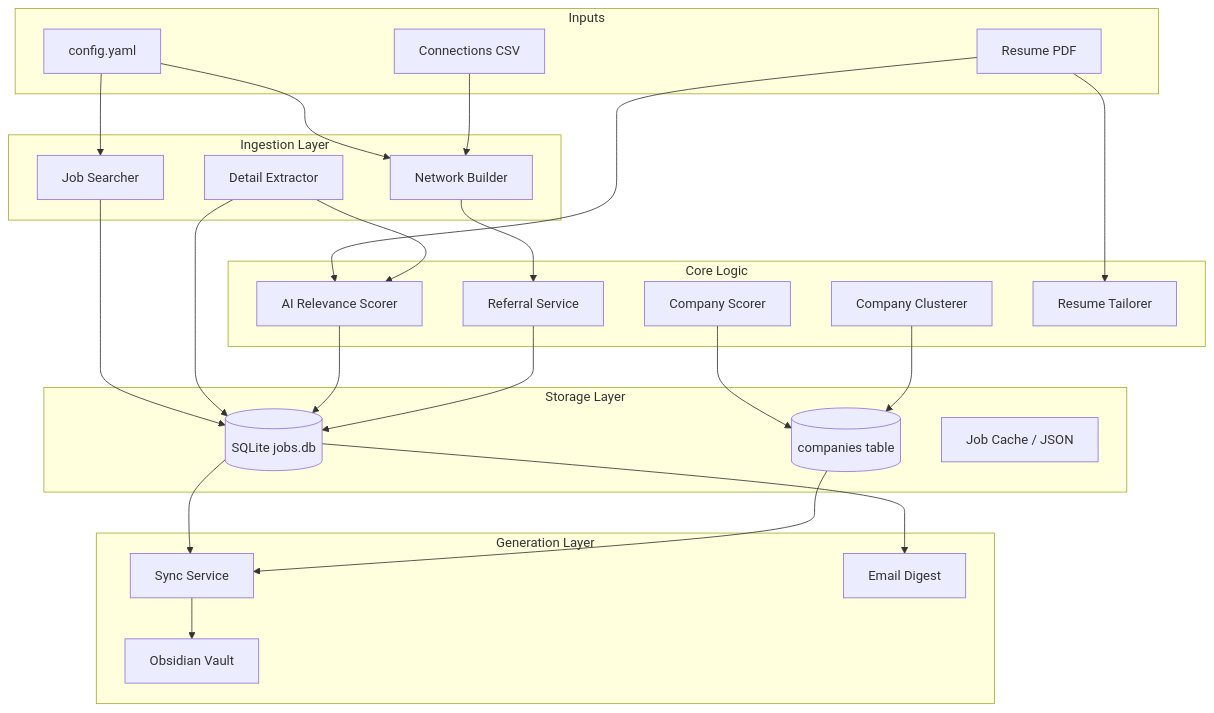
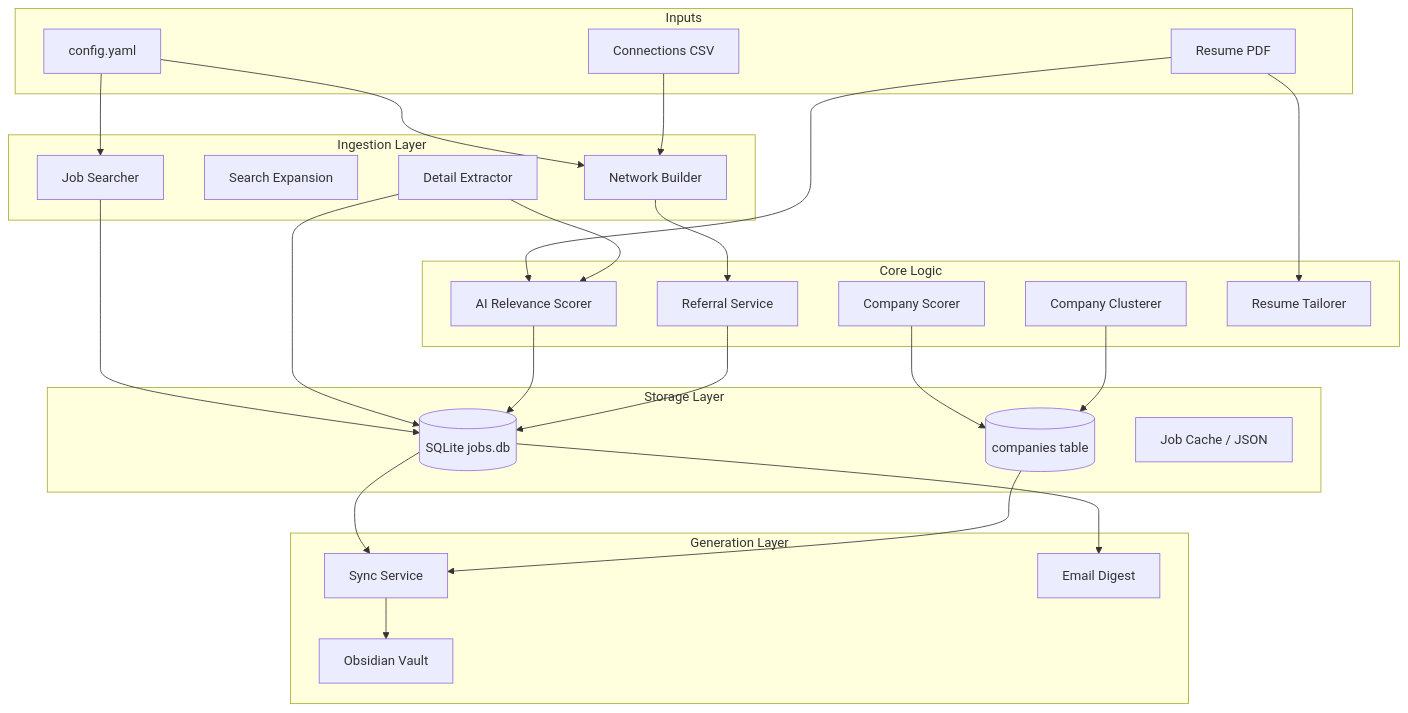
Before and after one commit to anirban-1009/JobHuntMindMap: the diagram in docs/ARCHITECTURE.md, drawn with Mermaid. The commit also changed other lines of this file and 9 other files, not shown here.

Commit message:
fix: stabilize LLM JSON parsing and implement dynamic search expansion

````diff
--- a/docs/ARCHITECTURE.md
+++ b/docs/ARCHITECTURE.md
@@ -9,61 +9,62 @@
 ```mermaid
 graph TD
     %% Configuration & Inputs
     subgraph Inputs
         Config[config.yaml]
         Resume[Resume PDF]
         ConnCSV[Connections CSV]
     end
 
     %% Ingestion Layer
     subgraph Ingestion [Ingestion Layer]
         Search[Job Searcher]
+        Expander[Search Expansion]
         Scrape[Detail Extractor]
         Network[Network Builder]
     end
 
     %% Processing Layer
     subgraph Core [Core Logic]
         Scorer[AI Relevance Scorer]
         CompanyScorer[Company Scorer]
         Clusterer[Company Clusterer]
         Referral[Referral Service]
         Tailor[Resume Tailorer]
     end
 
     %% Storage
     subgraph Storage [Storage Layer]
         DB[(SQLite jobs.db)]
         Companies[(companies table)]
         Cache[Job Cache / JSON]
     end
 
     %% Output
     subgraph Output [Generation Layer]
         Sync[Sync Service]
         Vault[Obsidian Vault]
         Digest[Email Digest]
     end
 
     %% Connections
     Config --> Search
     Config --> Network
     Resume --> Scorer
     Resume --> Tailor
     ConnCSV --> Network
 
     Search --> DB
     Scrape --> DB
     Scrape --> Scorer
 
     Scorer --> DB
     CompanyScorer --> Companies
     Clusterer --> Companies
     Network --> Referral
     Referral --> DB
 
     DB --> Sync
     Companies --> Sync
     Sync --> Vault
     DB --> Digest
 ```
````
